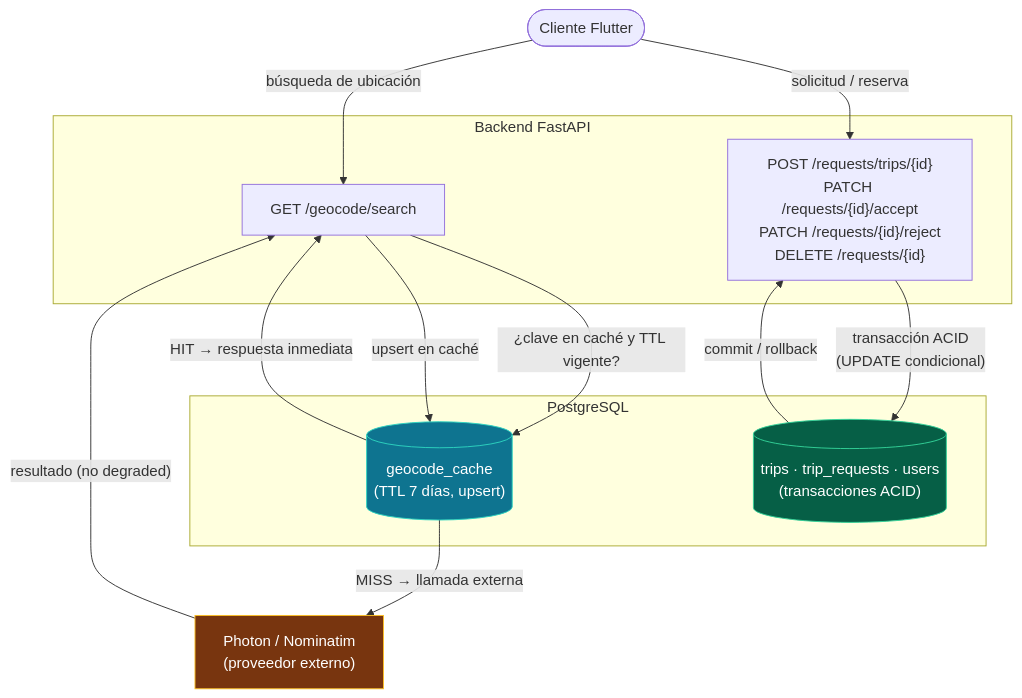
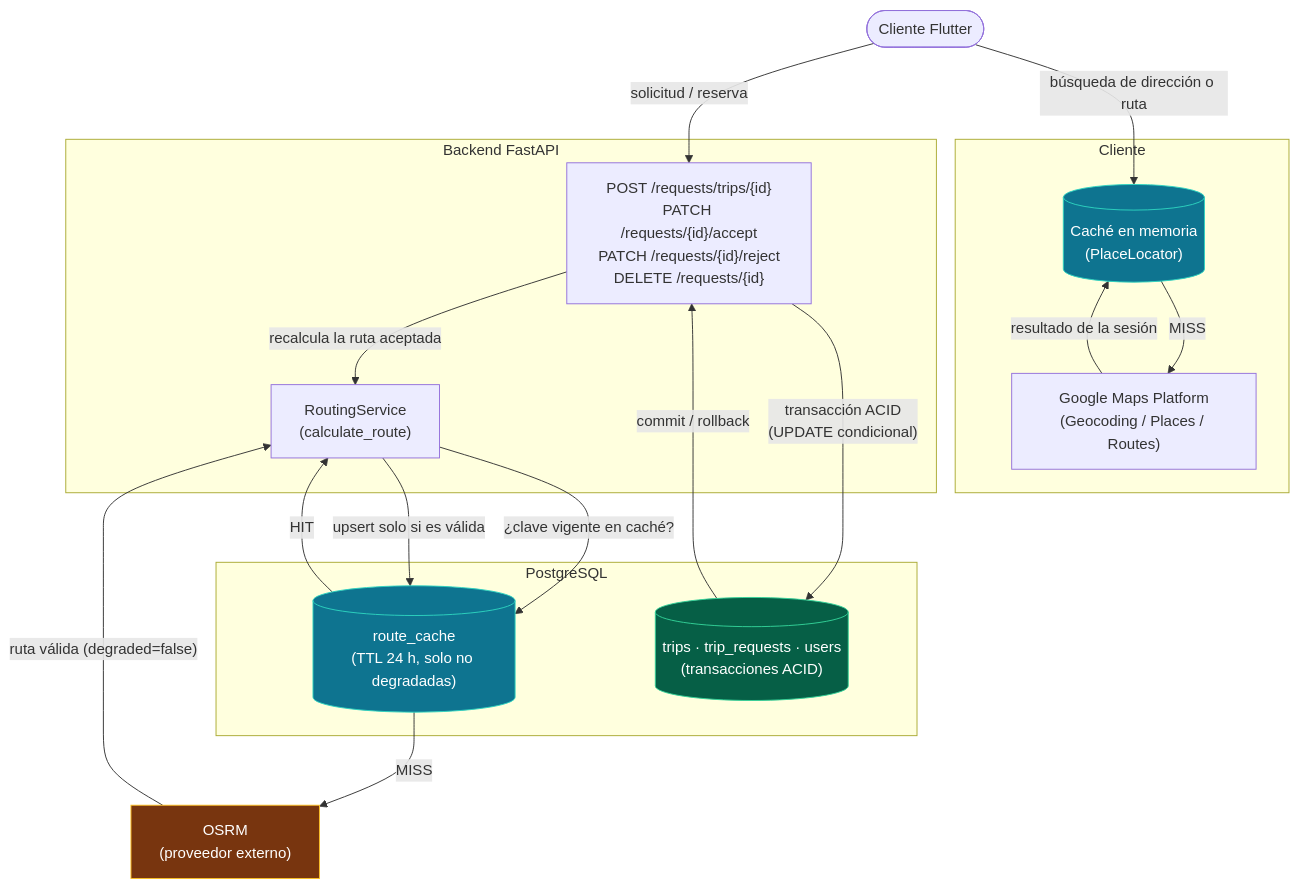
Before and after one commit to ISCOUTB/AS_202620_ROUTB: the second of 2 diagrams in docs/arc42/08_conceptos_transversales.md, drawn with Mermaid. The commit also changed other lines of this file and 17 other files, not shown here.

````diff
--- a/docs/arc42/08_conceptos_transversales.md
+++ b/docs/arc42/08_conceptos_transversales.md
@@ -143,31 +160,41 @@
 ```mermaid
 flowchart TD
     Client([Cliente Flutter])
 
+    subgraph ClientSide["Cliente"]
+        Places["Google Maps Platform\n(Geocoding / Places / Routes)"]
+        ClientCache[("Caché en memoria\n(PlaceLocator)")]
+    end
+
     subgraph BackendAPI["Backend FastAPI"]
-        GeoEP["GET /geocode/search"]
         ReqEP["POST /requests/trips/{id}\nPATCH /requests/{id}/accept\nPATCH /requests/{id}/reject\nDELETE /requests/{id}"]
+        RouteSvc["RoutingService\n(calculate_route)"]
     end
 
     subgraph PostgreSQL["PostgreSQL"]
-        GeoCache[("geocode_cache\n(TTL 7 días, upsert)")]
+        RouteCache[("route_cache\n(TTL 24 h, solo no degradadas)")]
         Business[("trips · trip_requests · users\n(transacciones ACID)")]
     end
 
-    Photon["Photon / Nominatim\n(proveedor externo)"]
+    OSRM["OSRM\n(proveedor externo)"]
 
-    Client -->|búsqueda de ubicación| GeoEP
-    GeoEP -->|"¿clave en caché y TTL vigente?"| GeoCache
-    GeoCache -->|"HIT → respuesta inmediata"| GeoEP
-    GeoCache -->|"MISS → llamada externa"| Photon
-    Photon -->|"resultado (no degraded)"| GeoEP
-    GeoEP -->|"upsert en caché"| GeoCache
+    Client -->|"búsqueda de dirección o ruta"| ClientCache
+    ClientCache -->|"MISS"| Places
+    Places -->|"resultado de la sesión"| ClientCache
 
     Client -->|solicitud / reserva| ReqEP
     ReqEP -->|"transacción ACID\n(UPDATE condicional)"| Business
     Business -->|"commit / rollback"| ReqEP
 
-    style GeoCache fill:#0e7490,stroke:#2dd4bf,color:#fff
+    ReqEP -->|"recalcula la ruta aceptada"| RouteSvc
+    RouteSvc -->|"¿clave vigente en caché?"| RouteCache
+    RouteCache -->|"HIT"| RouteSvc
+    RouteCache -->|"MISS"| OSRM
+    OSRM -->|"ruta válida (degraded=false)"| RouteSvc
+    RouteSvc -->|"upsert solo si es válida"| RouteCache
+
+    style ClientCache fill:#0e7490,stroke:#2dd4bf,color:#fff
+    style RouteCache fill:#0e7490,stroke:#2dd4bf,color:#fff
     style Business fill:#065f46,stroke:#34d399,color:#fff
-    style Photon fill:#78350f,stroke:#fbbf24,color:#fff
+    style OSRM fill:#78350f,stroke:#fbbf24,color:#fff
 ```
````
